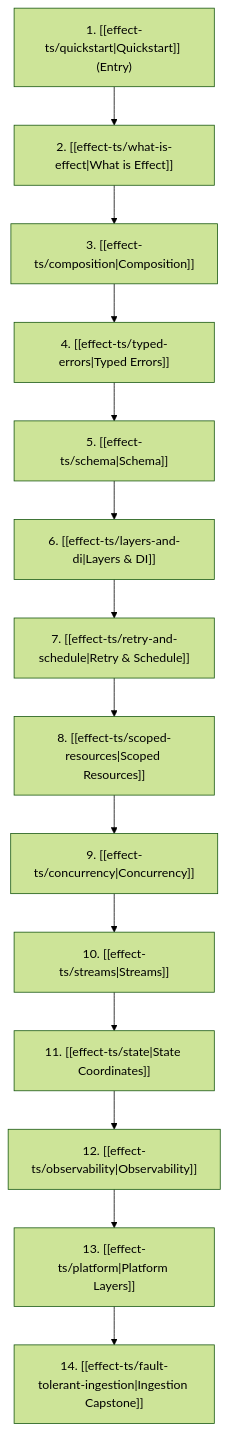
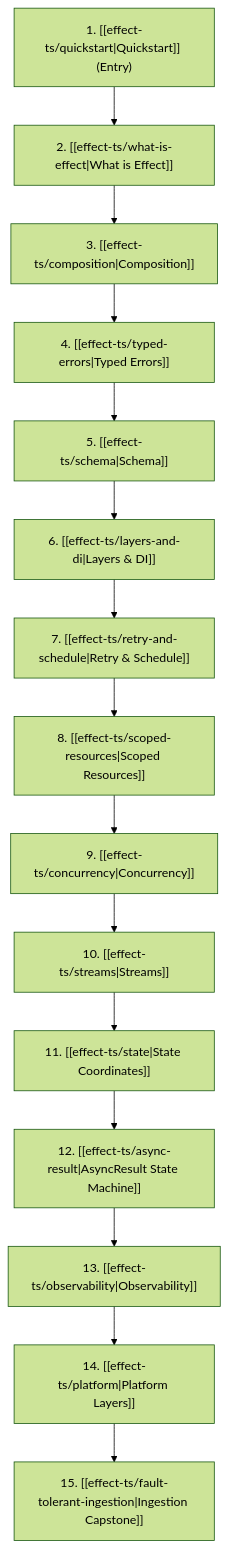
One commit to LOsioChico/knowledge-base changed the diagram in sites/docs/src/content/docs/effect-ts/index.mdx. Above: the diagram before and after it, drawn with Mermaid (forest theme). The commit also changed other lines of this file and 7 other files, not shown here.

Commit message:
feat(effect-ts): integrate AsyncResult Step 12 state machine concept note and re-number pathway track

````diff
--- a/sites/docs/src/content/docs/effect-ts/index.mdx
+++ b/sites/docs/src/content/docs/effect-ts/index.mdx
@@ -55,16 +56,17 @@
 ```mermaid
 flowchart TD
     QS["1. [[effect-ts/quickstart|Quickstart]] (Entry)"] --> WE["2. [[effect-ts/what-is-effect|What is Effect]]"]
     WE --> COMP["3. [[effect-ts/composition|Composition]]"]
     COMP --> ERR["4. [[effect-ts/typed-errors|Typed Errors]]"]
     ERR --> SCH["5. [[effect-ts/schema|Schema]]"]
     SCH --> LYR["6. [[effect-ts/layers-and-di|Layers & DI]]"]
     LYR --> RET["7. [[effect-ts/retry-and-schedule|Retry & Schedule]]"]
     RET --> SCP["8. [[effect-ts/scoped-resources|Scoped Resources]]"]
     SCP --> CONC["9. [[effect-ts/concurrency|Concurrency]]"]
     CONC --> STR["10. [[effect-ts/streams|Streams]]"]
     STR --> ST["11. [[effect-ts/state|State Coordinates]]"]
-    ST --> OBS["12. [[effect-ts/observability|Observability]]"]
-    OBS --> PLT["13. [[effect-ts/platform|Platform Layers]]"]
-    PLT --> FT["14. [[effect-ts/fault-tolerant-ingestion|Ingestion Capstone]]"]
+    ST --> AR["12. [[effect-ts/async-result|AsyncResult State Machine]]"]
+    AR --> OBS["13. [[effect-ts/observability|Observability]]"]
+    OBS --> PLT["14. [[effect-ts/platform|Platform Layers]]"]
+    PLT --> FT["15. [[effect-ts/fault-tolerant-ingestion|Ingestion Capstone]]"]
 ```
````
